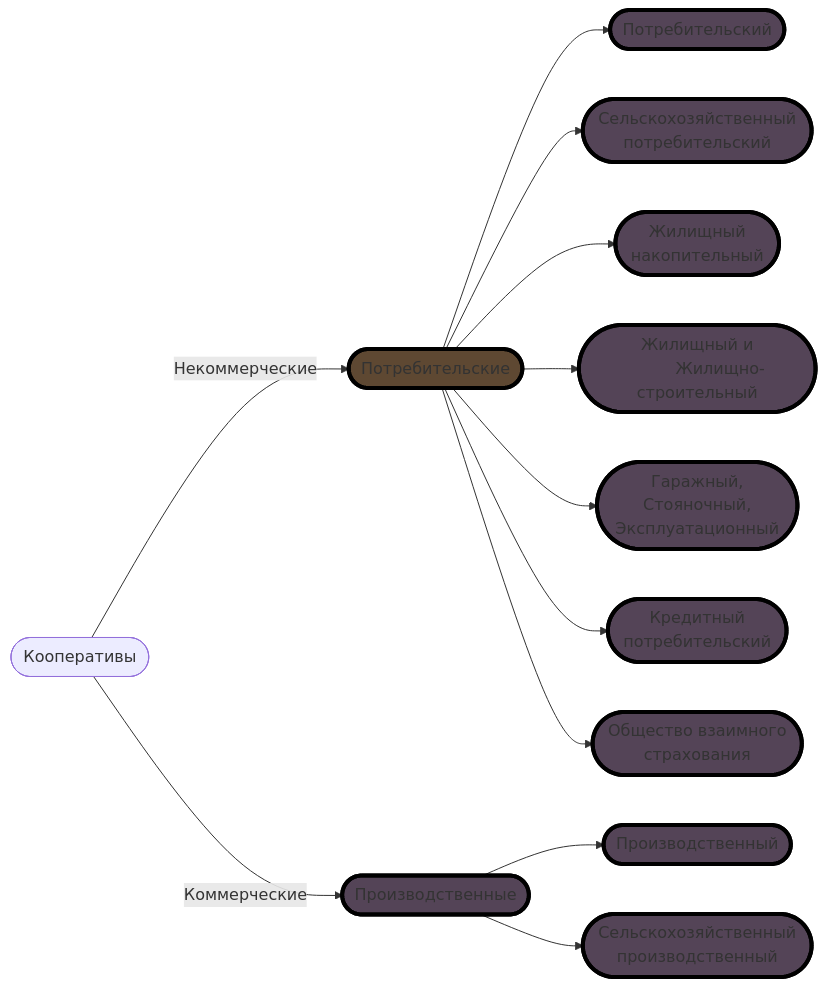
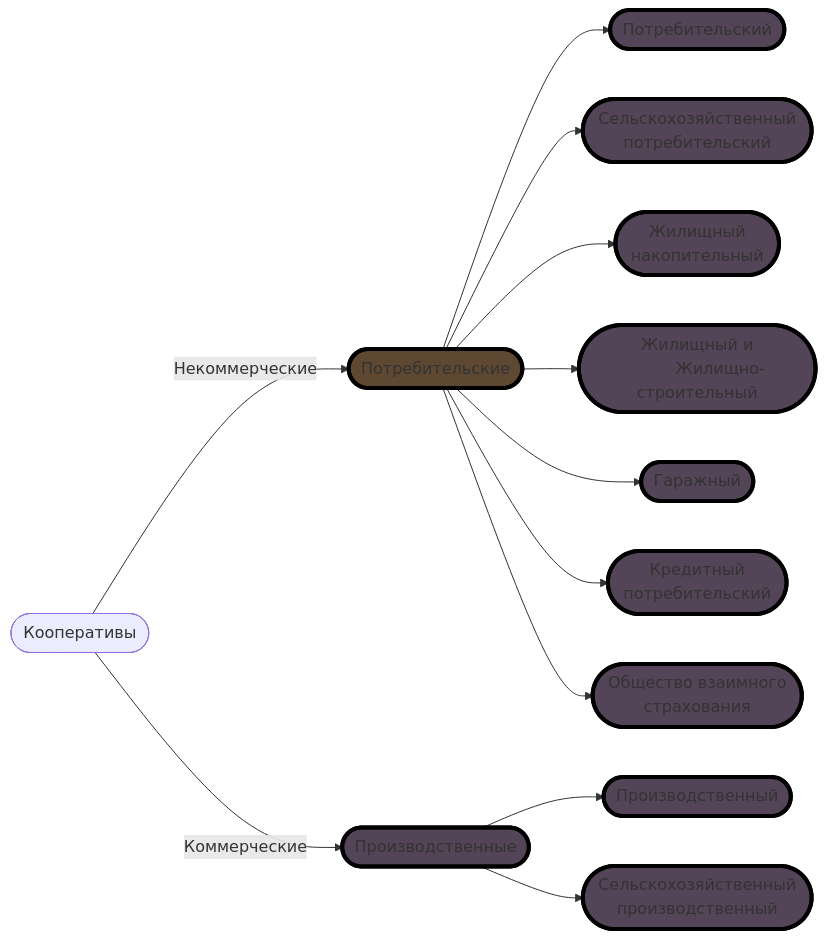
One commit to ufrs12/Coops changed the diagram in README.md. Above: the diagram before and after it, drawn with Mermaid.

````diff
--- a/README.md
+++ b/README.md
@@ -7,46 +7,50 @@
 ```mermaid
 graph LR;
 classDef class1 fill:#544457, stroke:#000, stroke-width:4px
 classDef class2 fill:#32465e, stroke:#000, stroke-width:4px
 classDef class3 fill:#455744, stroke:#000, stroke-width:4px
 classDef class4 fill:#5e4832, stroke:#000, stroke-width:4px
 classDef class5 fill:#5e3332, stroke:#000, stroke-width:4px
 
    
     A([Кооперативы])
     B([Производственные]):::class1
     C([Потребительские]):::class4
     D([Производственный]):::class1
     E([Сельскохозяйственный
       производственный]):::class1
     F([Потребительский]):::class1
     G([Сельскохозяйственный
          потребительский]):::class1
     H([Жилищный
          накопительный]):::class1
     I([Жилищный и
          Жилищно-строительный]):::class1
-    J([Гаражный,
-         Стояночный,
-         Эксплуатационный]):::class1
+    J([Гаражный]):::class1
     K([Кредитный
          потребительский]):::class1
     L([Общество взаимного
          страхования]):::class1
 
     A-->|Некоммерческие|C;
     A-->|Коммерческие| B;
     B-->D;
     B-->E;
     C-->F;
     C-->G;
     C-->H;
     C-->I;
     C-->J;
     C-->K;
     C-->L;
    click B "https://www.zakonrf.info/gk/106.1/";
    click C "https://www.zakonrf.info/gk/123.2/";
    click D "https://www.zakonrf.info/doc-15088991/";
    click E "https://www.zakonrf.info/doc-13529718/";
+   click F "https://www.zakonrf.info/doc-13241339/";
+   click G "https://www.zakonrf.info/doc-13529718/";
+   click H "https://www.zakonrf.info/zakon-o-jnk/";
+   click J "https://www.zakonrf.info/gk/123.2/";
+   click K "https://www.zakonrf.info/doc-16436731/";
+   click L "https://www.zakonrf.info/doc-16152437/";
 ```
````
